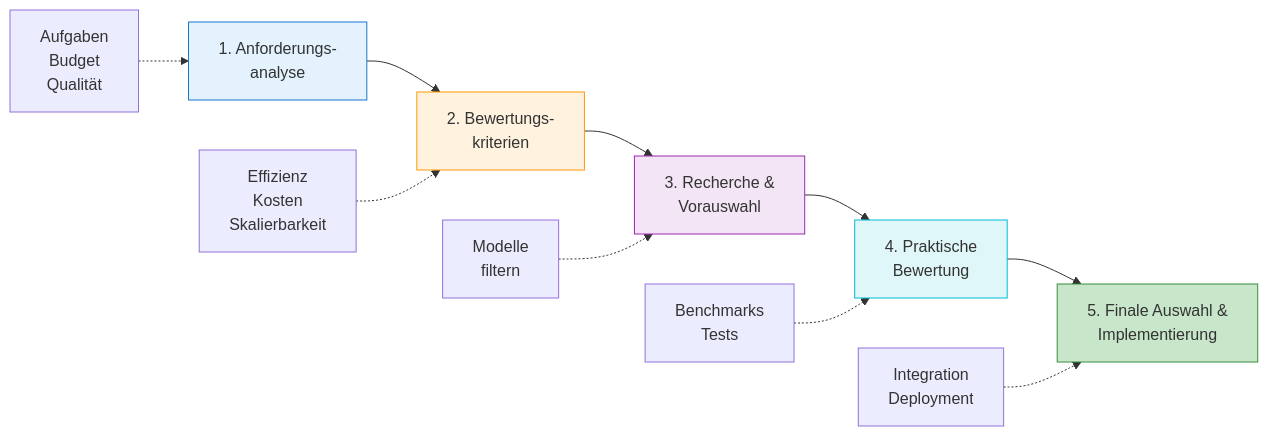
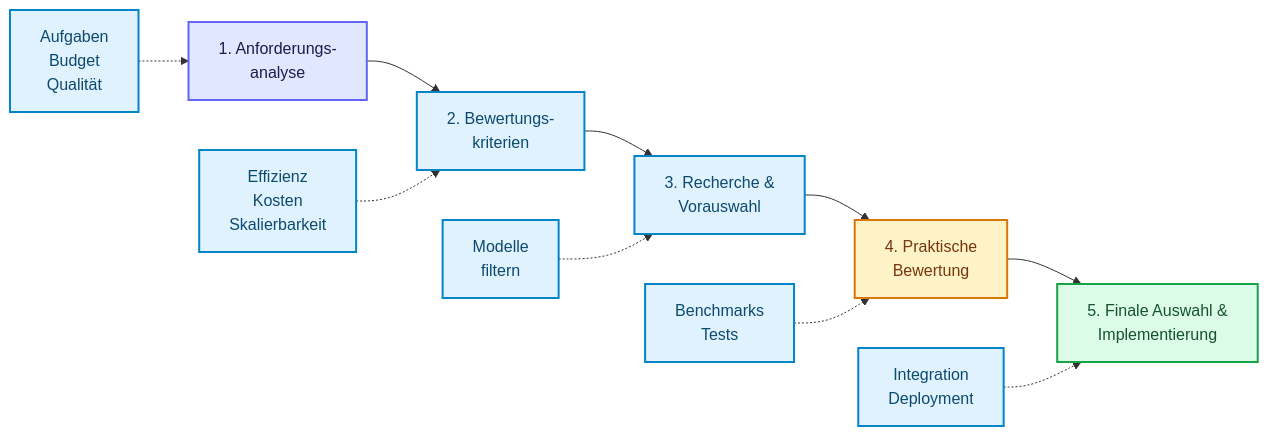
Before and after one commit to ralf-42/Agenten: the second of 2 diagrams in docs/03-modelle-provider-anpassung/modellauswahl.md, drawn with Mermaid. The commit also changed 15 other files, not shown here.

````diff
--- a/docs/03-modelle-provider-anpassung/modellauswahl.md
+++ b/docs/03-modelle-provider-anpassung/modellauswahl.md
@@ -227,19 +227,21 @@
 ```mermaid
 flowchart LR
     A[1. Anforderungs-<br>analyse] --> B[2. Bewertungs-<br>kriterien]
     B --> C[3. Recherche &<br>Vorauswahl]
     C --> D[4. Praktische<br>Bewertung]
     D --> E[5. Finale Auswahl &<br>Implementierung]
 
     A1[Aufgaben<br>Budget<br>Qualität] -.-> A
     B1[Effizienz<br>Kosten<br>Skalierbarkeit] -.-> B
     C1[Modelle<br>filtern] -.-> C
     D1[Benchmarks<br>Tests] -.-> D
     E1[Integration<br>Deployment] -.-> E
 
-    style A fill:#e3f2fd,stroke:#1976d2
-    style B fill:#fff3e0,stroke:#ff9800
-    style C fill:#f3e5f5,stroke:#9c27b0
-    style D fill:#e0f7fa,stroke:#00bcd4
-    style E fill:#c8e6c9,stroke:#388e3c
+    classDef default fill:#e0f2fe,stroke:#0284c7,stroke-width:2px,color:#0c4a6e;
+    classDef input fill:#e0e7ff,stroke:#6366f1,stroke-width:2px,color:#1e1b4b;
+    classDef metric fill:#fef3c7,stroke:#d97706,stroke-width:2px,color:#78350f;
+    classDef output fill:#dcfce7,stroke:#16a34a,stroke-width:2px,color:#14532d;
+    class A input;
+    class D metric;
+    class E output;
 ```
````
